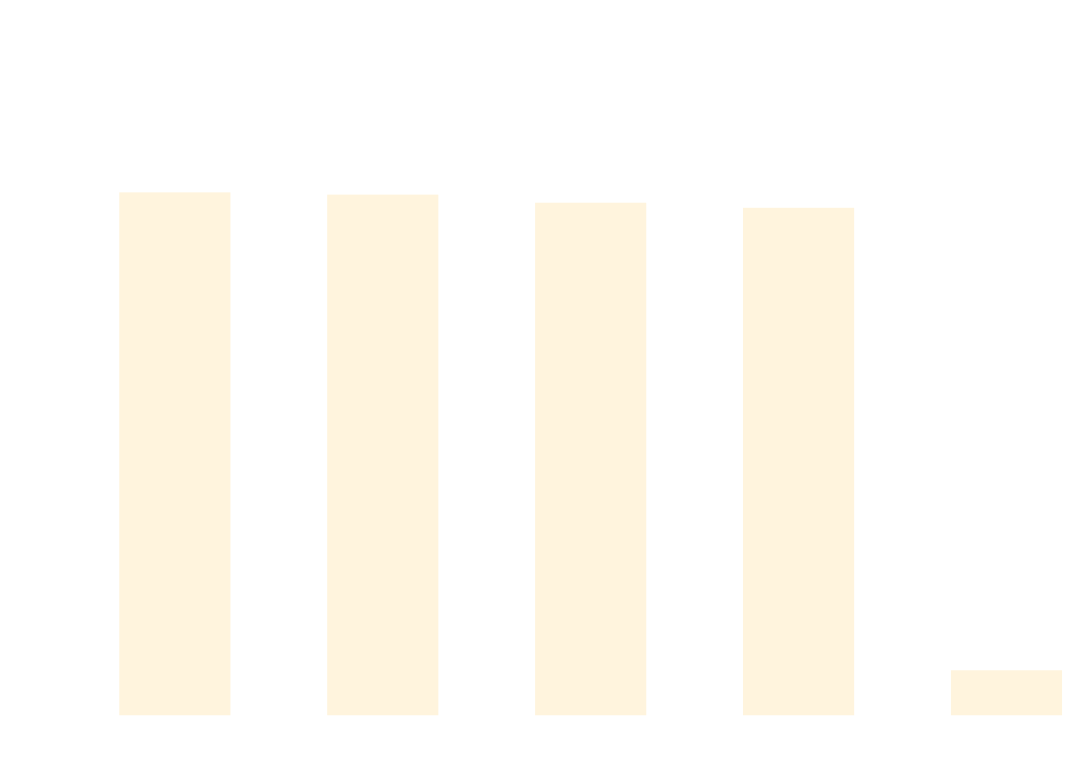
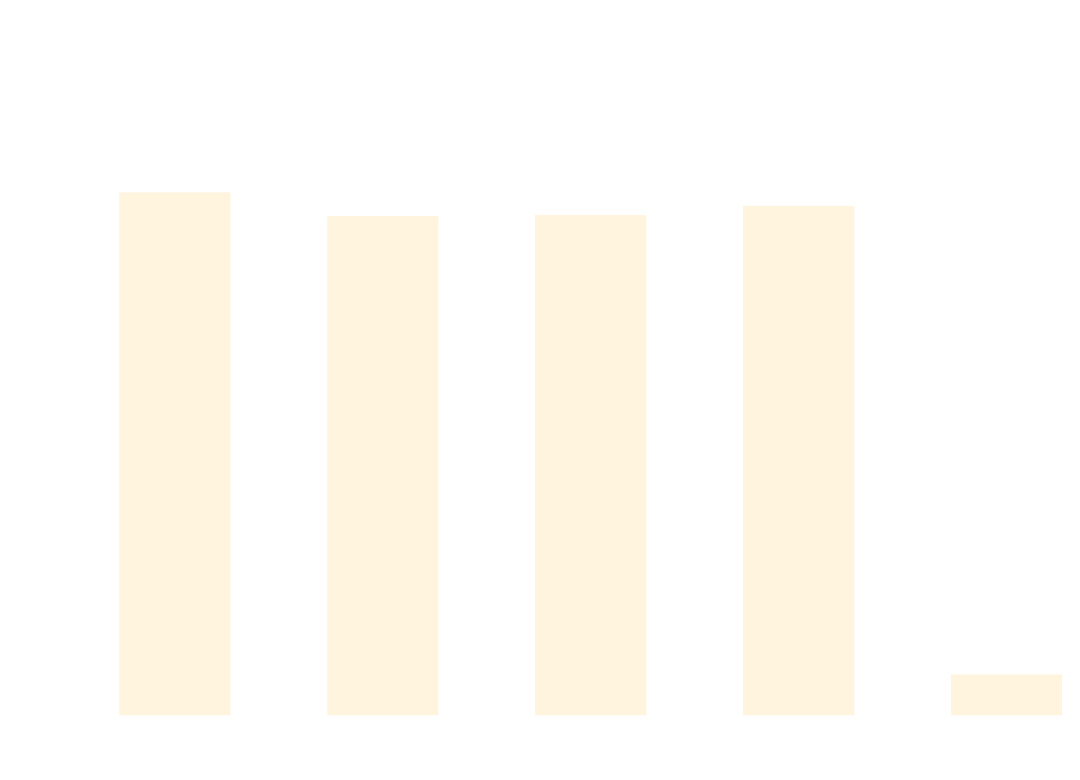
Before and after one commit to thomhurst/TUnit: the diagram in docs/docs/benchmarks/ScaleTests.md, drawn with Mermaid. The commit also changed other lines of this file and 17 other files, not shown here.

````diff
--- a/docs/docs/benchmarks/ScaleTests.md
+++ b/docs/docs/benchmarks/ScaleTests.md
@@ -27,37 +27,37 @@
 ```mermaid
 %%{init: {
   'theme':'base',
   'themeVariables': {
     'primaryColor': '#2563eb',
     'primaryTextColor': '#ffffff',
     'primaryBorderColor': '#1e40af',
     'lineColor': '#6b7280',
     'secondaryColor': '#7c3aed',
     'tertiaryColor': '#dc2626',
     'background': '#ffffff',
     'mainBkg': '#2563eb',
     'secondBkg': '#7c3aed',
     'tertiaryBkg': '#dc2626',
     'clusterBkg': '#f3f4f6',
     'edgeLabelBackground': '#ffffff',
     'tertiaryTextColor': '#1f2937',
     'pie1': '#2563eb',
     'pie2': '#7c3aed',
     'pie3': '#dc2626',
     'pie4': '#f59e0b',
     'pie5': '#10b981',
     'pie6': '#06b6d4',
     'pie7': '#ec4899',
     'pie8': '#6366f1',
     'pie9': '#84cc16',
     'pie10': '#f97316',
     'pie11': '#14b8a6',
     'pie12': '#a855f7'
   }
 }}%%
 xychart-beta
   title "ScaleTests Performance Comparison"
   x-axis ["TUnit", "NUnit", "MSTest", "xUnit3", "TUnit_AOT"]
-  y-axis "Time (ms)" 0 --> 751
-  bar [625.7, 622.92, 613.05, 606.81, 40.66]
+  y-axis "Time (ms)" 0 --> 862
+  bar [718.11, 684.77, 686.45, 699.2, 40.67]
 ```
````
